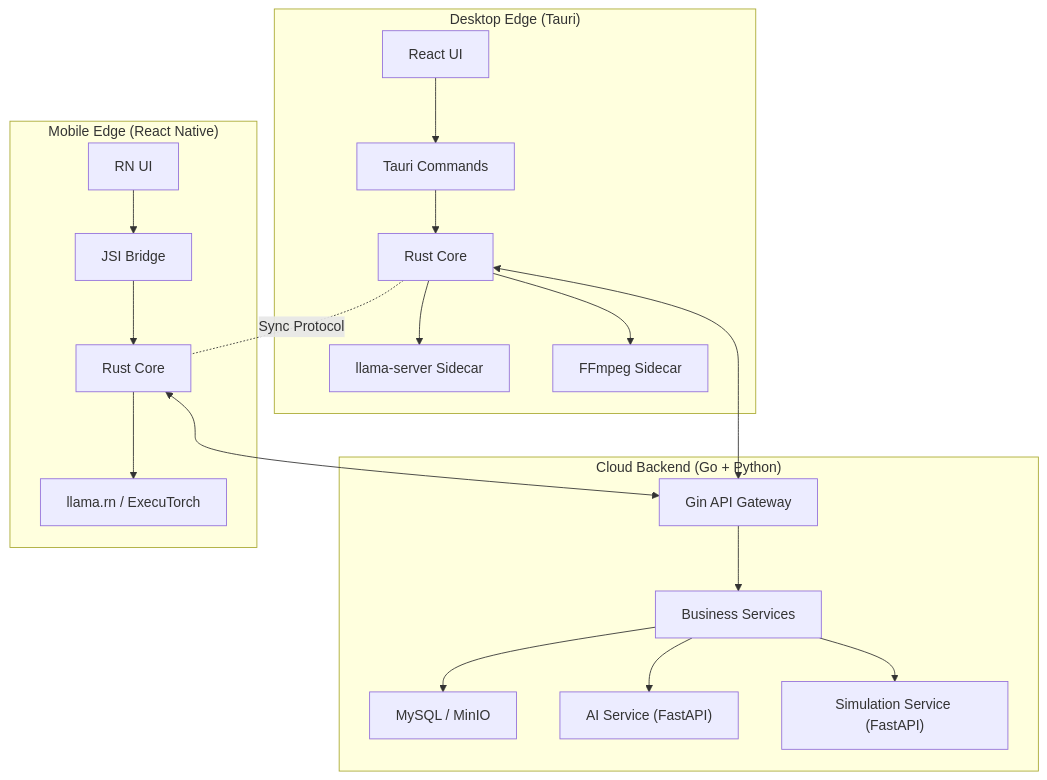
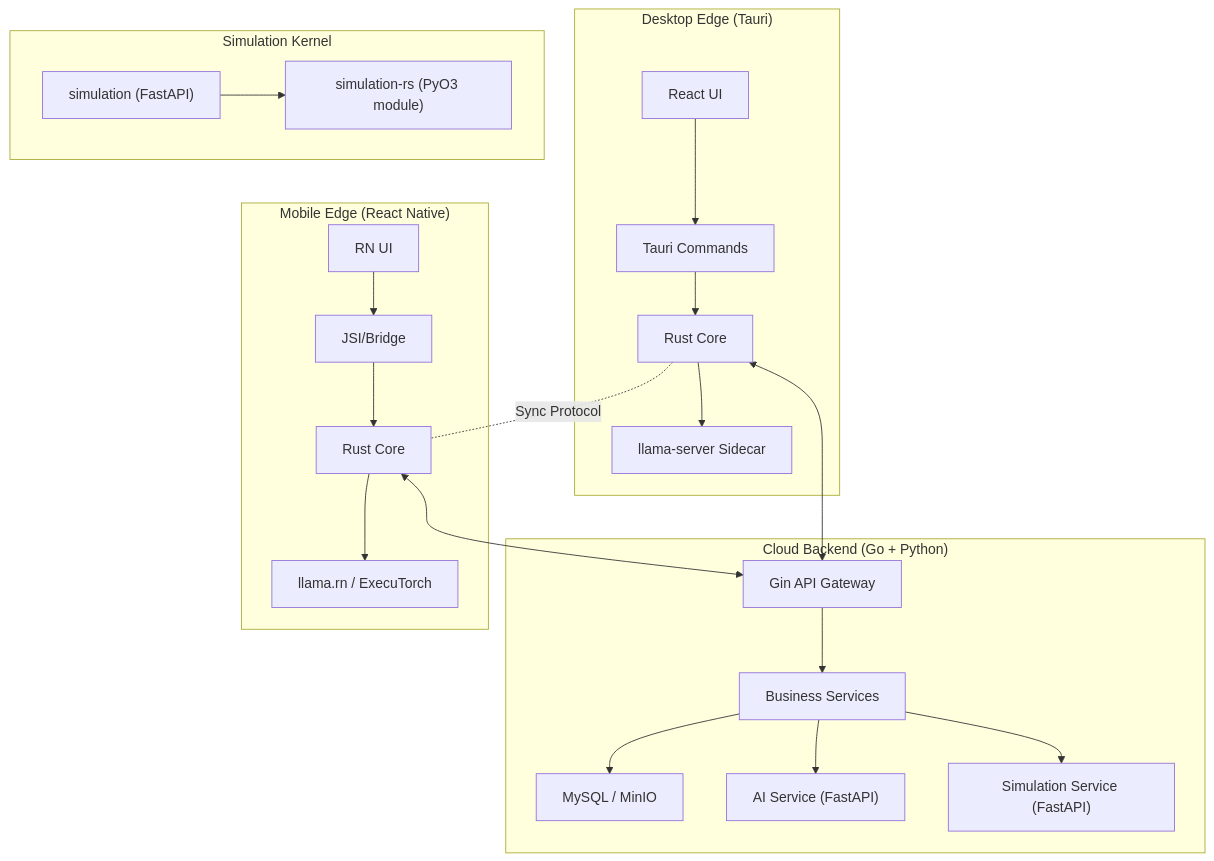
Before and after one commit to JadeSnow7/graduationDesign: the diagram in docs/05-explanation/architecture/rust-enhancement-poc-plan-2026-02-11.md, drawn with Mermaid. The commit also changed other lines of this file and 1 other file, not shown here.

Commit message:
feat(rust): implement poc scaffolding and execution checklist

````diff
--- a/docs/05-explanation/architecture/rust-enhancement-poc-plan-2026-02-11.md
+++ b/docs/05-explanation/architecture/rust-enhancement-poc-plan-2026-02-11.md
@@ -37,26 +34,29 @@
 ```mermaid
 graph TD
     subgraph CloudBackend["Cloud Backend (Go + Python)"]
         API["Gin API Gateway"] --> BIZ["Business Services"]
         BIZ --> DB["MySQL / MinIO"]
         BIZ --> AIS["AI Service (FastAPI)"]
         BIZ --> SIM["Simulation Service (FastAPI)"]
     end
 
     subgraph DesktopEdge["Desktop Edge (Tauri)"]
         D_UI["React UI"] --> D_CMD["Tauri Commands"]
         D_CMD --> D_RUST["Rust Core"]
         D_RUST --> D_LLM["llama-server Sidecar"]
-        D_RUST --> D_FFMPEG["FFmpeg Sidecar"]
     end
 
     subgraph MobileEdge["Mobile Edge (React Native)"]
-        M_UI["RN UI"] --> M_BRIDGE["JSI Bridge"]
+        M_UI["RN UI"] --> M_BRIDGE["JSI/Bridge"]
         M_BRIDGE --> M_RUST["Rust Core"]
         M_RUST --> M_LLM["llama.rn / ExecuTorch"]
+    end
+
+    subgraph SimKernel["Simulation Kernel"]
+        PY["simulation (FastAPI)"] --> PYO3["simulation-rs (PyO3 module)"]
     end
 
     D_RUST <--> API
     M_RUST <--> API
     D_RUST -. "Sync Protocol" .- M_RUST
 ```
````
